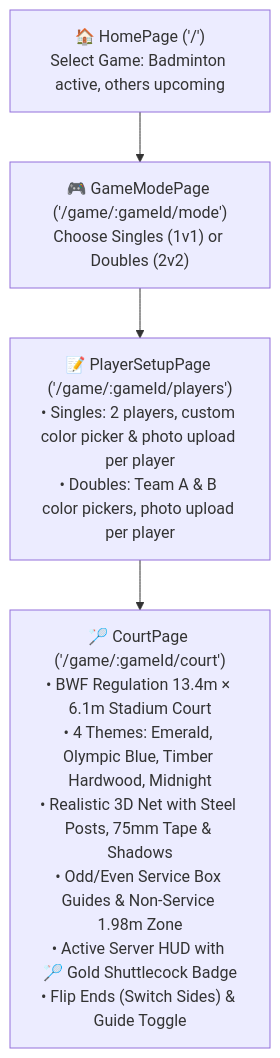
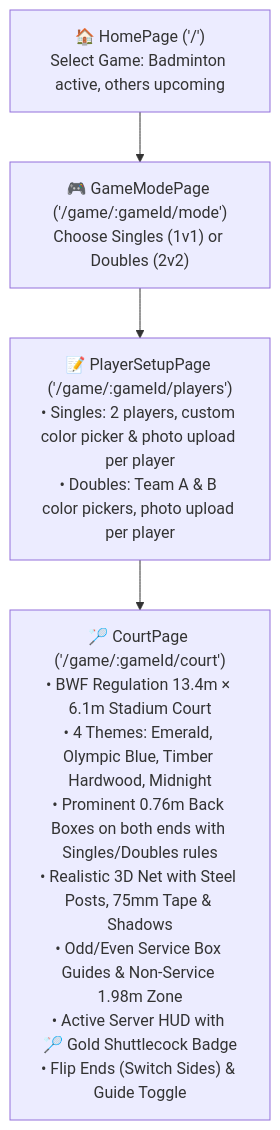
The diagram in PROJECT_STATUS.md (Pradeep-elangovan/Shuttle-score), drawn with Mermaid before and after one commit. The commit also changed other lines of this file and 1 other file, not shown here.

Commit message:
Highlight and label 0.76m Back Boxes on both ends with Singles/Doubles rules and interactivity

````diff
--- a/PROJECT_STATUS.md
+++ b/PROJECT_STATUS.md
@@ -30,6 +30,6 @@
 ```mermaid
 flowchart TD
     A["🏠 HomePage ('/')\nSelect Game: Badminton active, others upcoming"] --> B["🎮 GameModePage ('/game/:gameId/mode')\nChoose Singles (1v1) or Doubles (2v2)"]
     B --> C["📝 PlayerSetupPage ('/game/:gameId/players')\n• Singles: 2 players, custom color picker & photo upload per player\n• Doubles: Team A & B color pickers, photo upload per player"]
-    C --> D["🏸 CourtPage ('/game/:gameId/court')\n• BWF Regulation 13.4m × 6.1m Stadium Court\n• 4 Themes: Emerald, Olympic Blue, Timber Hardwood, Midnight\n• Realistic 3D Net with Steel Posts, 75mm Tape & Shadows\n• Odd/Even Service Box Guides & Non-Service 1.98m Zone\n• Active Server HUD with 🏸 Gold Shuttlecock Badge\n• Flip Ends (Switch Sides) & Guide Toggle"]
+    C --> D["🏸 CourtPage ('/game/:gameId/court')\n• BWF Regulation 13.4m × 6.1m Stadium Court\n• 4 Themes: Emerald, Olympic Blue, Timber Hardwood, Midnight\n• Prominent 0.76m Back Boxes on both ends with Singles/Doubles rules\n• Realistic 3D Net with Steel Posts, 75mm Tape & Shadows\n• Odd/Even Service Box Guides & Non-Service 1.98m Zone\n• Active Server HUD with 🏸 Gold Shuttlecock Badge\n• Flip Ends (Switch Sides) & Guide Toggle"]
 ```
````
